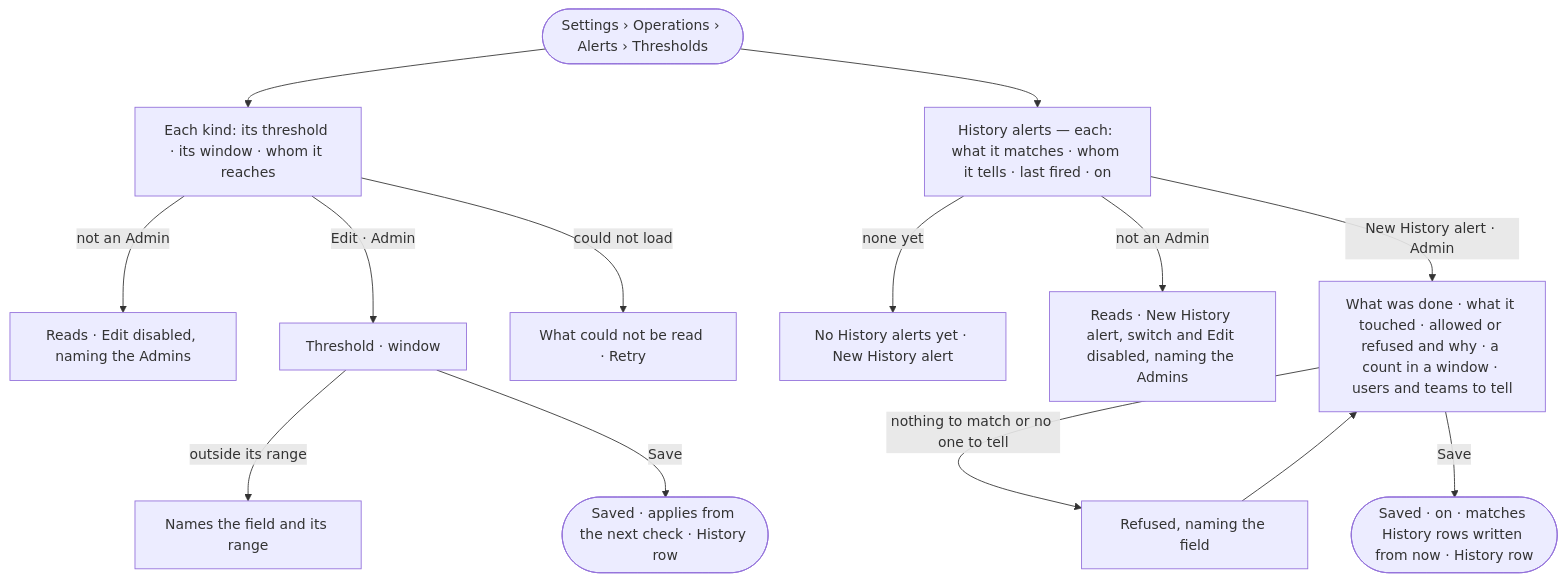
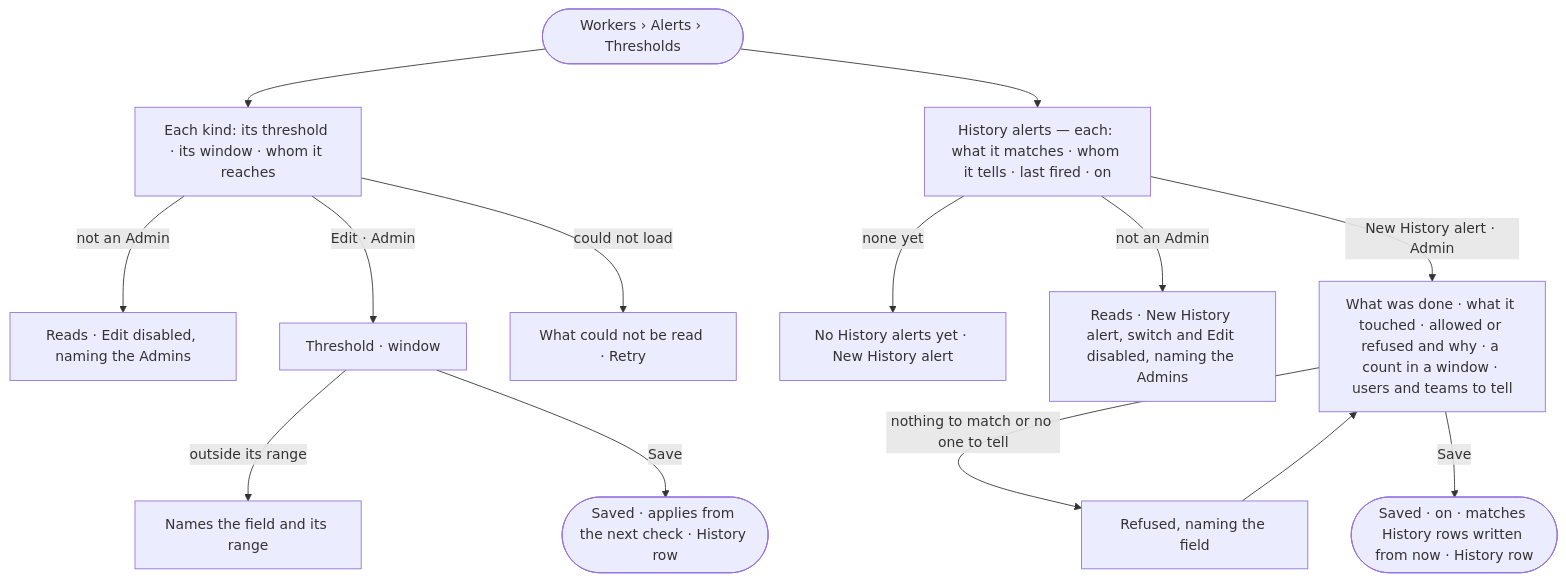
Before and after one commit to invana/invana: the diagram in specs/os/control/features/CP-F11-ops-alerting/stories/CP-60-tune-when-ops-alerts-fire/story.md, drawn with Mermaid. The commit also changed 133 other files, not shown here.

````diff
--- a/specs/os/control/features/CP-F11-ops-alerting/stories/CP-60-tune-when-ops-alerts-fire/story.md
+++ b/specs/os/control/features/CP-F11-ops-alerting/stories/CP-60-tune-when-ops-alerts-fire/story.md
@@ -27,15 +27,15 @@
 ```mermaid
 flowchart TD
-  s([Settings › Operations › Alerts › Thresholds]) --> l["Each kind: its threshold · its window · whom it reaches"]
+  s([Workers › Alerts › Thresholds]) --> l["Each kind: its threshold · its window · whom it reaches"]
   l -->|not an Admin| ro["Reads · Edit disabled, naming the Admins"]
   l -->|Edit · Admin| e["Threshold · window"]
   e -->|outside its range| r["Names the field and its range"]
   e -->|Save| ok(["Saved · applies from the next check · History row"])
   l -->|could not load| f["What could not be read · Retry"]
   s --> h["History alerts — each: what it matches · whom it tells · last fired · on"]
   h -->|none yet| he["No History alerts yet · New History alert"]
   h -->|not an Admin| hro["Reads · New History alert, switch and Edit disabled, naming the Admins"]
   h -->|New History alert · Admin| hn["What was done · what it touched · allowed or refused and why · a count in a window · users and teams to tell"]
   hn -->|nothing to match or no one to tell| hx["Refused, naming the field"] --> hn
   hn -->|Save| hok(["Saved · on · matches History rows written from now · History row"])
 ```
````
